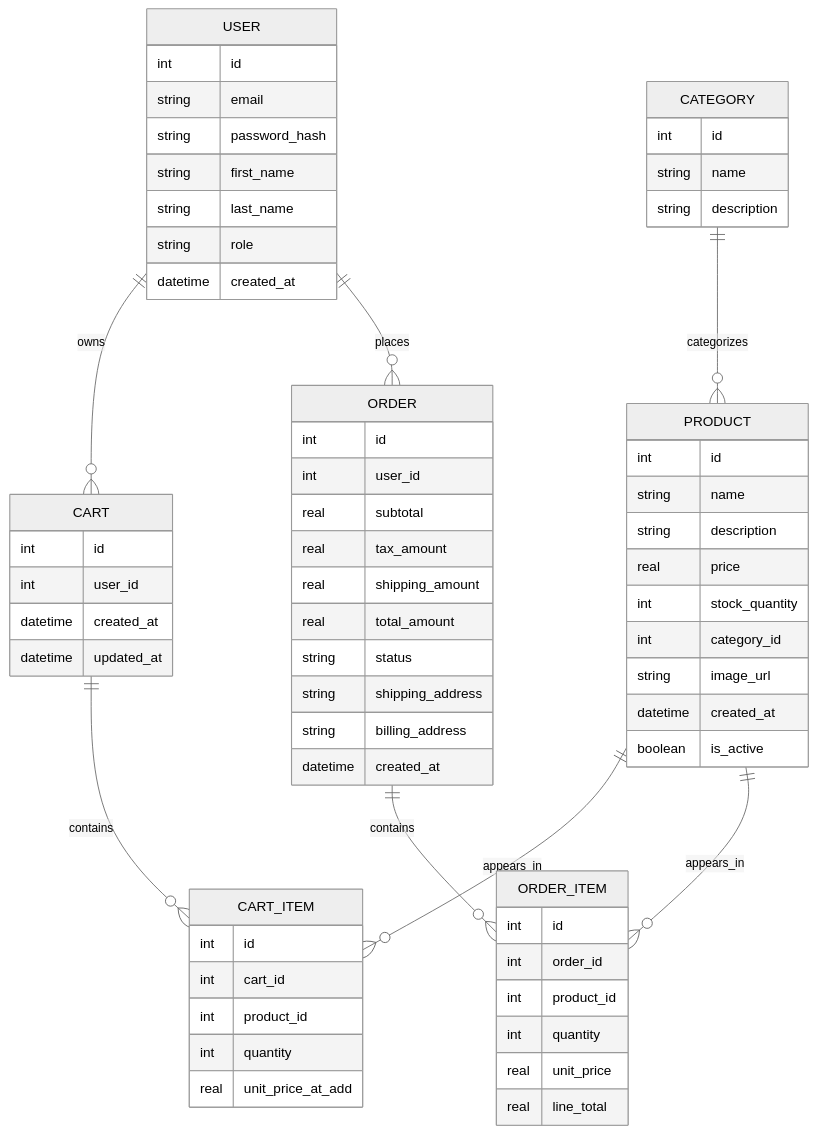
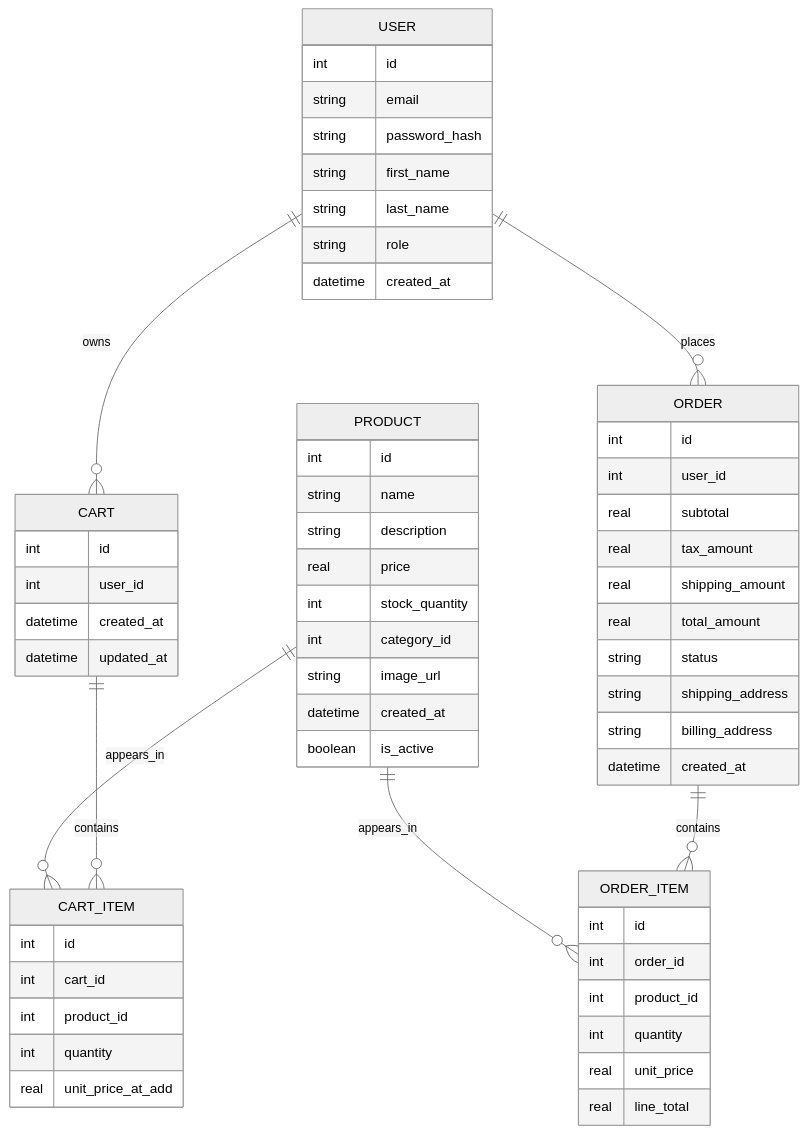
The diagram in technical-design/README.md (codyhahn/swe-3313-fall-2025-team-02), drawn with Mermaid (neutral theme) before and after one commit. The commit also changed other lines of this file, not shown here.

First line of the commit message:
Update README with Python version and schema changes

````diff
--- a/technical-design/README.md
+++ b/technical-design/README.md
@@ -103,75 +102,68 @@
 ```mermaid
 erDiagram
     USER ||--o{ CART : "owns"
     USER ||--o{ ORDER : "places"
-    CATEGORY ||--o{ PRODUCT : "categorizes"
     PRODUCT ||--o{ CART_ITEM : "appears_in"
     PRODUCT ||--o{ ORDER_ITEM : "appears_in"
     CART ||--o{ CART_ITEM : "contains"
     ORDER ||--o{ ORDER_ITEM : "contains"
 
     USER {
         int id
         string email
         string password_hash
         string first_name
         string last_name
         string role
         datetime created_at
-    }
-
-    CATEGORY {
-        int id
-        string name
-        string description
     }
 
     PRODUCT {
         int id
         string name
         string description
         real price
         int stock_quantity
         int category_id
         string image_url
         datetime created_at
         boolean is_active
     }
 
     CART {
         int id
         int user_id
         datetime created_at
         datetime updated_at
     }
 
     CART_ITEM {
         int id
         int cart_id
         int product_id
         int quantity
         real unit_price_at_add
     }
 
     ORDER {
         int id
         int user_id
         real subtotal
         real tax_amount
         real shipping_amount
         real total_amount
         string status
         string shipping_address
         string billing_address
         datetime created_at
     }
 
     ORDER_ITEM {
         int id
         int order_id
         int product_id
         int quantity
         real unit_price
         real line_total
     }
 ```
````
